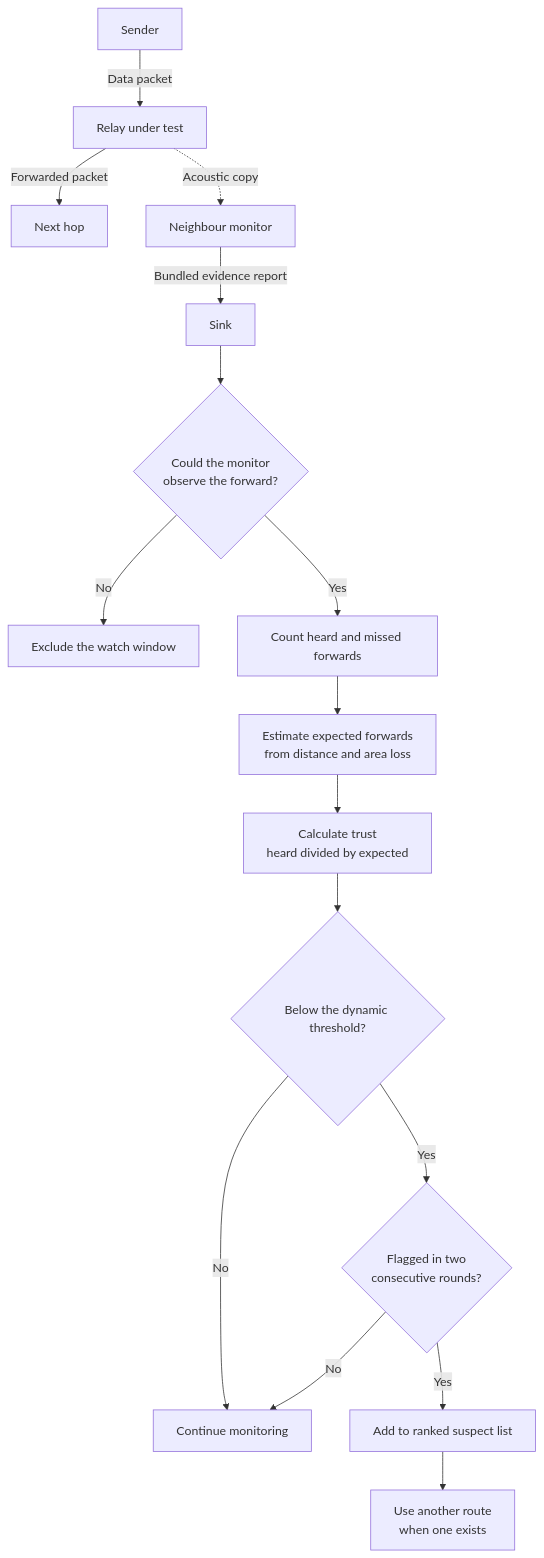
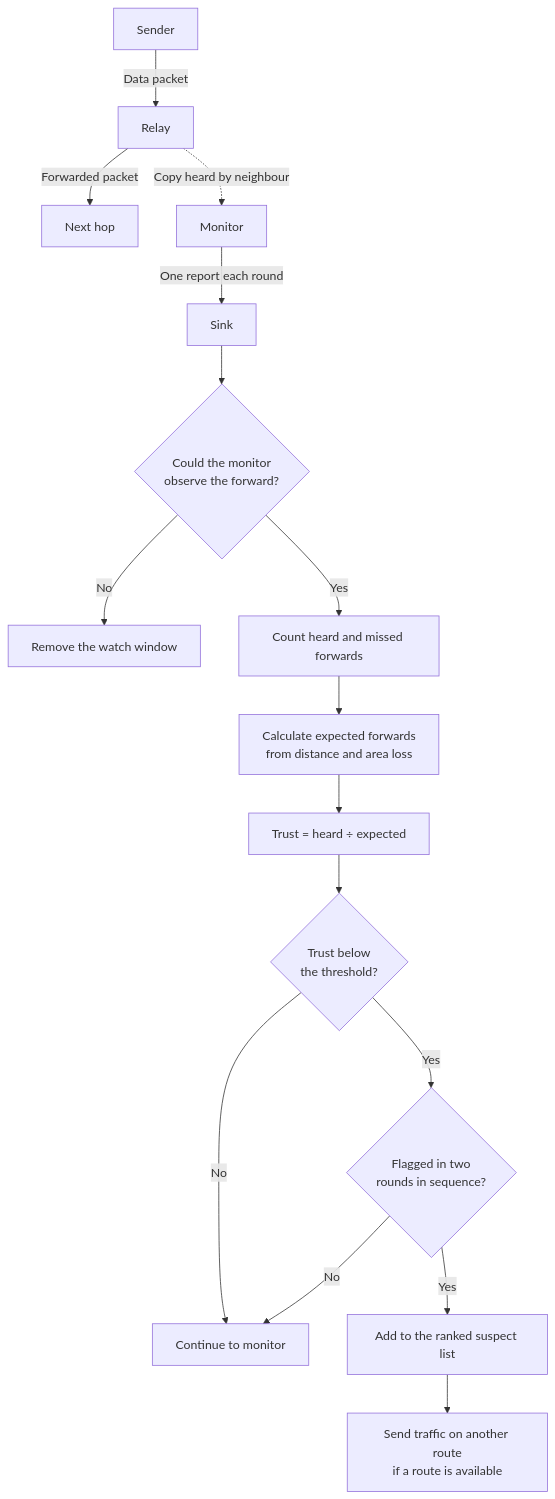
One commit to AppajiDheeraj/grayhole-sentinel changed the second of 2 diagrams in README.md. Above: the diagram before and after it, drawn with Mermaid. The commit also changed other lines of this file, not shown here.

````diff
--- a/README.md
+++ b/README.md
@@ -17,22 +146,22 @@
 ```mermaid
 flowchart TD
-    S[Sender] -->|Data packet| R[Relay under test]
+    S[Sender] -->|Data packet| R[Relay]
     R -->|Forwarded packet| N[Next hop]
-    R -. Acoustic copy .-> M[Neighbour monitor]
-    M -->|Bundled evidence report| K[Sink]
+    R -. Copy heard by neighbour .-> M[Monitor]
+    M -->|One report each round| K[Sink]
 
     K --> O{Could the monitor<br/>observe the forward?}
-    O -- No --> X[Exclude the watch window]
+    O -- No --> X[Remove the watch window]
     O -- Yes --> E[Count heard and missed forwards]
 
-    E --> L[Estimate expected forwards<br/>from distance and area loss]
-    L --> T[Calculate trust<br/>heard divided by expected]
-    T --> D{Below the dynamic threshold?}
+    E --> L[Calculate expected forwards<br/>from distance and area loss]
+    L --> T[Trust = heard ÷ expected]
+    T --> D{Trust below<br/>the threshold?}
 
-    D -- No --> H[Continue monitoring]
-    D -- Yes --> C{Flagged in two<br/>consecutive rounds?}
+    D -- No --> H[Continue to monitor]
+    D -- Yes --> C{Flagged in two<br/>rounds in sequence?}
 
     C -- No --> H
-    C -- Yes --> P[Add to ranked suspect list]
-    P --> A[Use another route<br/>when one exists]
+    C -- Yes --> P[Add to the ranked suspect list]
+    P --> A[Send traffic on another route<br/>if a route is available]
 ```
````
